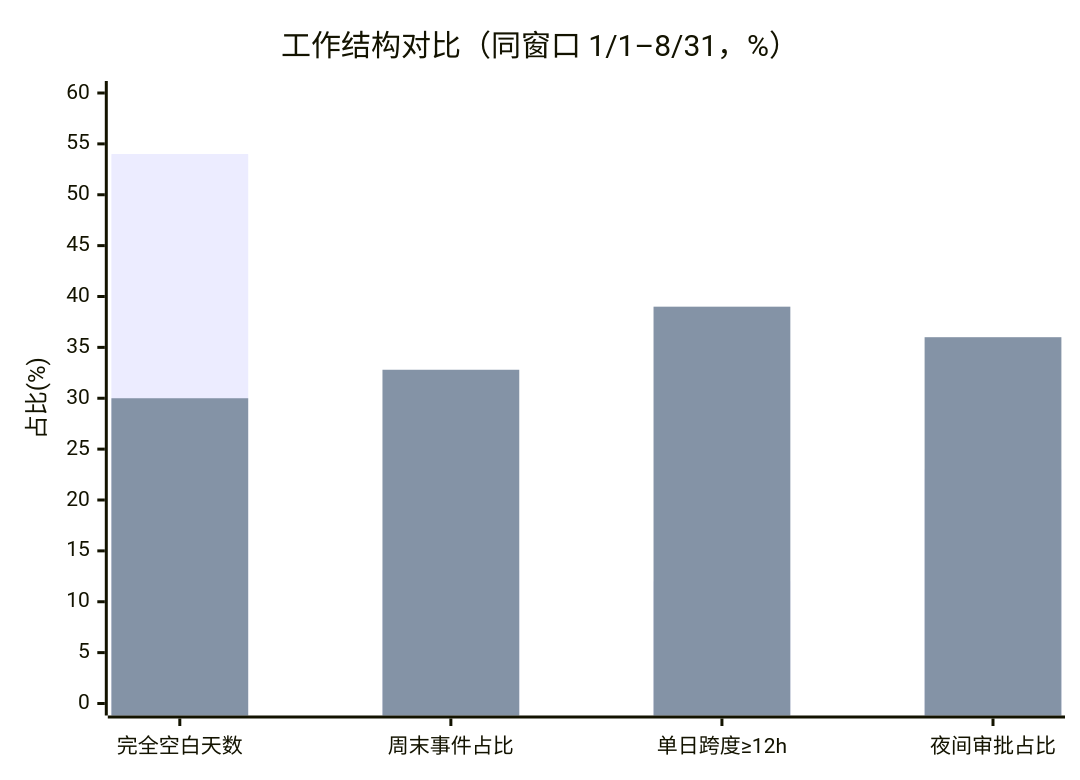
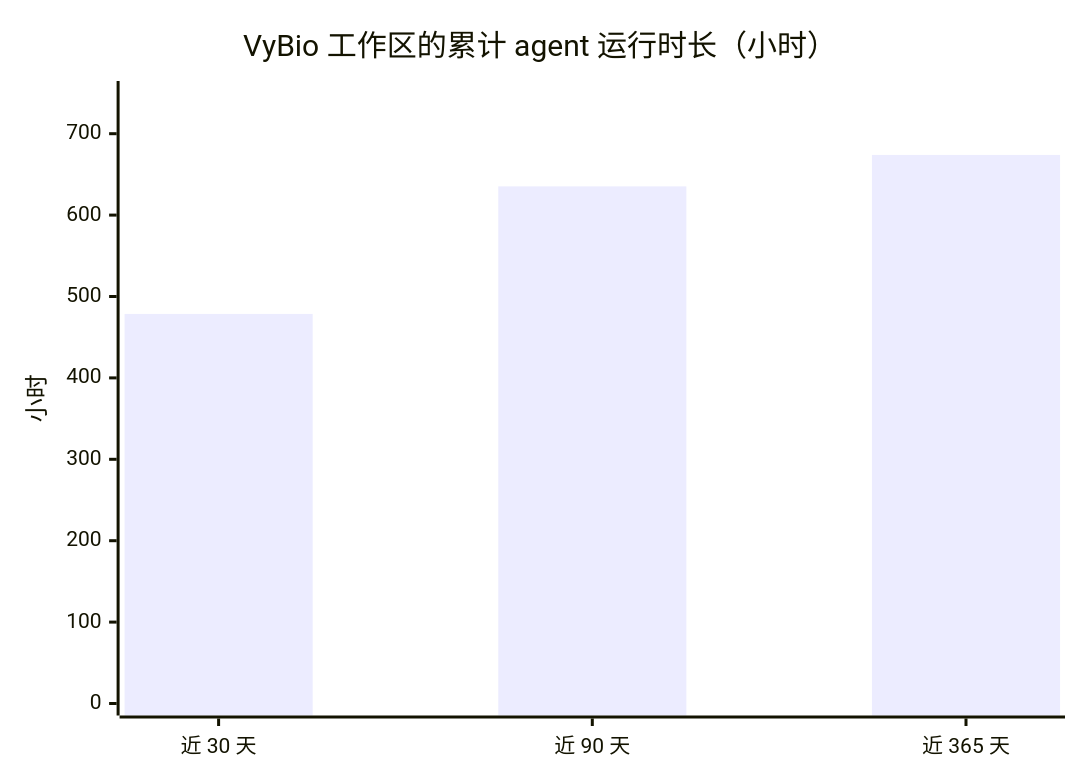
The third of 5 diagrams in blog_cn/source/_posts/我给AI排了24小时班-把自己排成了值班表.md (SilenWang/silen_blog), drawn with Mermaid before and after one commit. The commit also changed other lines of this file, not shown here.

Commit message:
rewrite zh post: 换成随笔式叙述，聚焦 agent 运行时长与我的审核时间

````diff
--- a/blog_cn/source/_posts/我给AI排了24小时班-把自己排成了值班表.md
+++ b/blog_cn/source/_posts/我给AI排了24小时班-把自己排成了值班表.md
@@ -97,8 +78,7 @@
 ```mermaid
 xychart-beta
-    title "工作结构对比（同窗口 1/1–8/31，%）"
-    x-axis ["完全空白天数","周末事件占比","单日跨度≥12h","夜间审批占比"]
-    y-axis "占比(%)" 0 --> 60
-    bar [54, 13.1, 12, 23]
-    bar [30, 32.8, 39, 36]
+    title "VyBio 工作区的累计 agent 运行时长（小时）"
+    x-axis ["近 30 天","近 90 天","近 365 天"]
+    y-axis "小时" 0 --> 750
+    bar [478.6, 635.3, 673.9]
 ```
````
